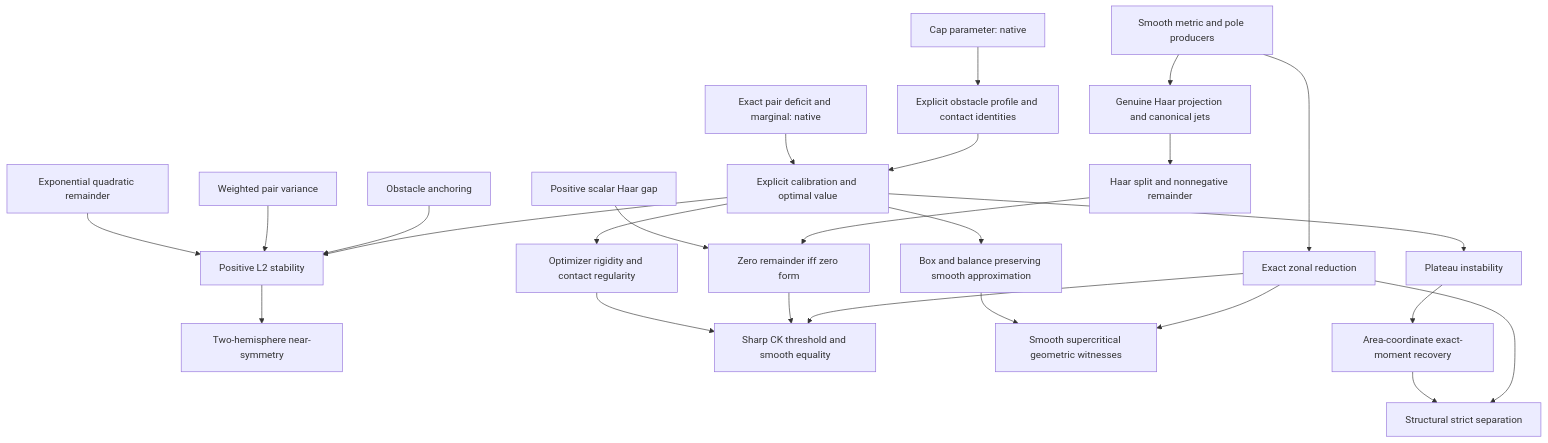
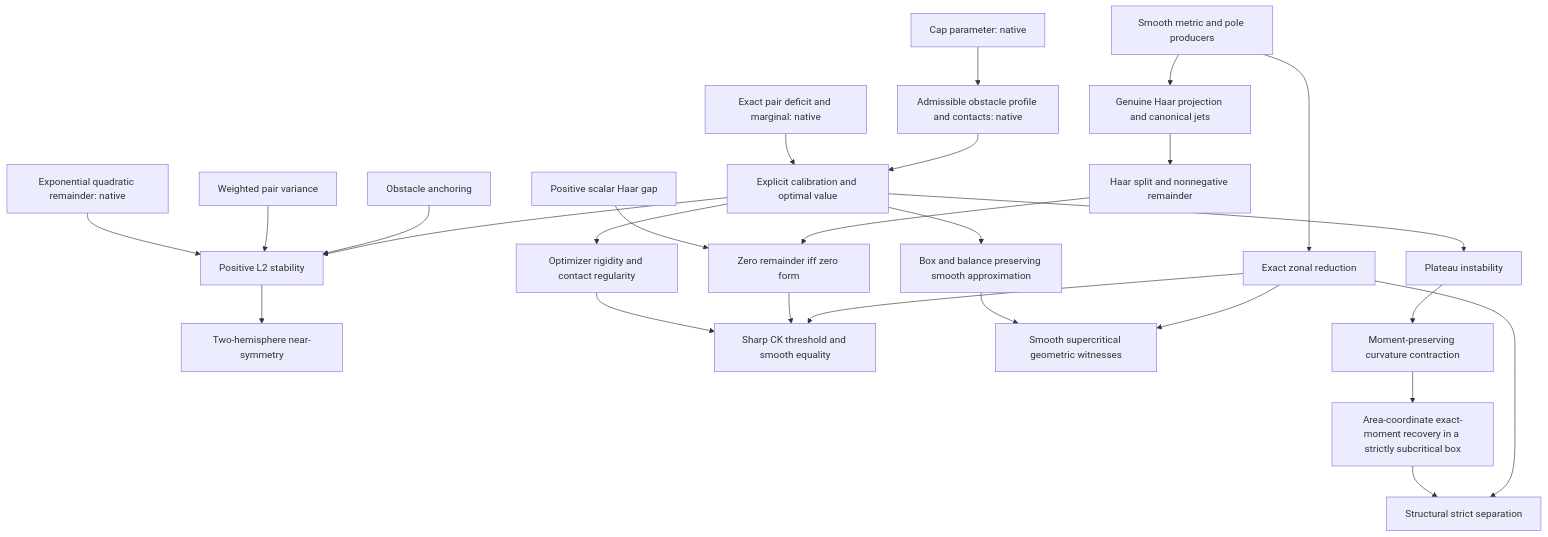
The diagram in docs/mathematical-status.md (qinz1yang/ricci-flow-sharp-estimate), drawn with Mermaid before and after one commit. The commit also changed other lines of this file and 22 other files, not shown here.

Commit message:
Prove admissible all-cap obstacle candidate and quadratic exponential bound

````diff
--- a/docs/mathematical-status.md
+++ b/docs/mathematical-status.md
@@ -43,27 +45,28 @@
 ```mermaid
 flowchart TD
-  P[Cap parameter: native] --> O[Explicit obstacle profile and contact identities]
+  P[Cap parameter: native] --> O[Admissible obstacle profile and contacts: native]
   D[Exact pair deficit and marginal: native] --> C[Explicit calibration and optimal value]
   O --> C
   C --> R[Optimizer rigidity and contact regularity]
-  E[Exponential quadratic remainder] --> S[Positive L2 stability]
+  E[Exponential quadratic remainder: native] --> S[Positive L2 stability]
   V[Weighted pair variance] --> S
   A[Obstacle anchoring] --> S
   C --> S
   S --> N[Two-hemisphere near-symmetry]
   G[Smooth metric and pole producers] --> H[Genuine Haar projection and canonical jets]
   G --> J[Exact zonal reduction]
   H --> Q[Haar split and nonnegative remainder]
   W[Positive scalar Haar gap] --> Z[Zero remainder iff zero form]
   Q --> Z
   R --> CK[Sharp CK threshold and smooth equality]
   Z --> CK
   J --> CK
   C --> B[Box and balance preserving smooth approximation]
   B --> X[Smooth supercritical geometric witnesses]
   J --> X
-  T[Plateau instability] --> F[Area-coordinate exact-moment recovery]
+  T[Plateau instability] --> TC[Moment-preserving curvature contraction]
+  TC --> F[Area-coordinate exact-moment recovery in a strictly subcritical box]
   F --> SEP[Structural strict separation]
   C --> T
   J --> SEP
 ```
````
